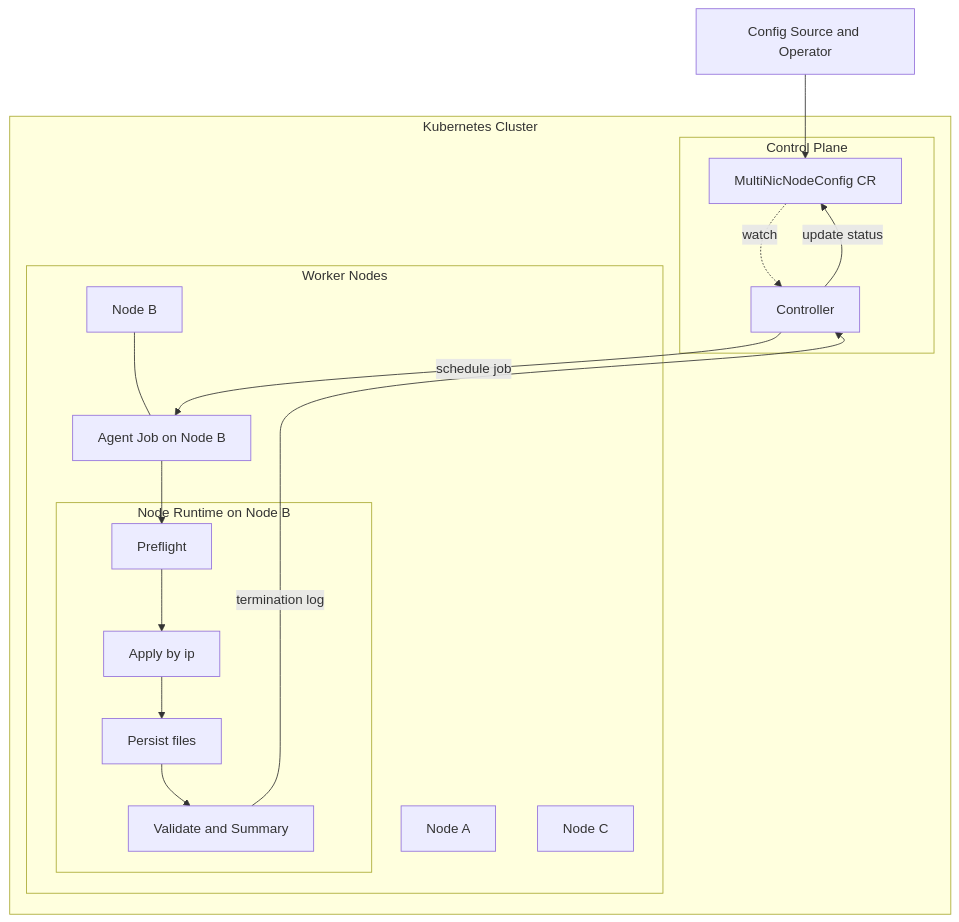
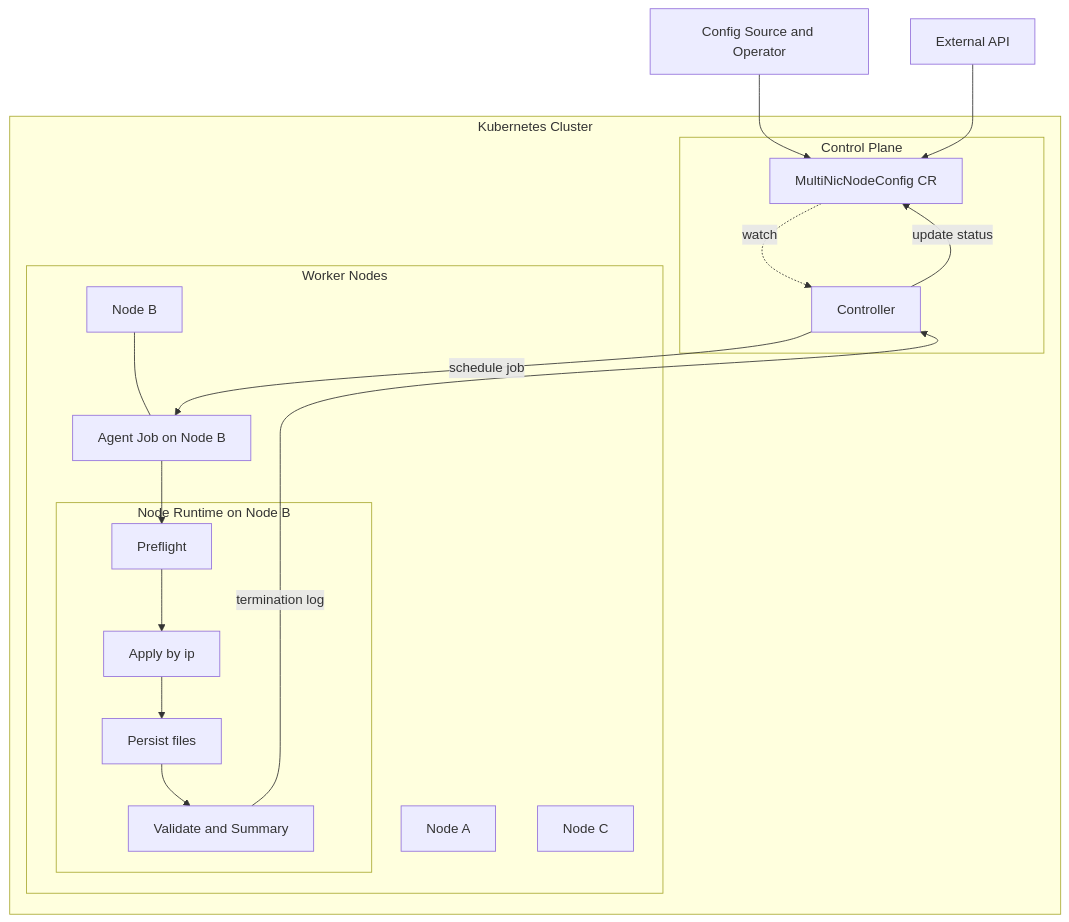
Before and after one commit to Minzino/multi-network-interface-agent: the first of 2 diagrams in README.md, drawn with Mermaid. The commit also changed other lines of this file, not shown here.

First line of the commit message:
docs(readme): add External API node in architecture and Korean explanation

````diff
--- a/README.md
+++ b/README.md
@@ -35,34 +35,36 @@
 ```mermaid
 flowchart TB
   EXT[Config Source and Operator]
+  EXTAPI[External API]
 
   subgraph K8s_Cluster[Kubernetes Cluster]
     subgraph Control_Plane[Control Plane]
       CTL[Controller]
       CR[MultiNicNodeConfig CR]
     end
 
     subgraph Worker_Nodes[Worker Nodes]
       Node_A[Node A]
       Node_B[Node B]
       Node_C[Node C]
       JOB[Agent Job on Node B]
       Node_B --- JOB
 
       subgraph Node_Runtime[Node Runtime on Node B]
         PF[Preflight]
         IP[Apply by ip]
         PERSIST[Persist files]
         VAL[Validate and Summary]
       end
 
       JOB --> PF --> IP --> PERSIST --> VAL
     end
   end
 
   EXT --> CR
+  EXTAPI --> CR
   CR -.watch.-> CTL
   CTL -->|schedule job| JOB
   VAL -->|termination log| CTL
   CTL -->|update status| CR
 ```
````
